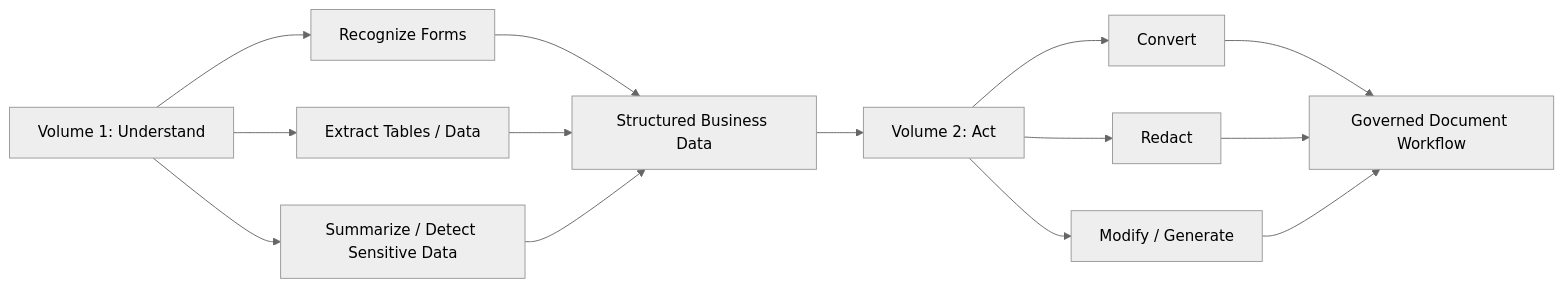
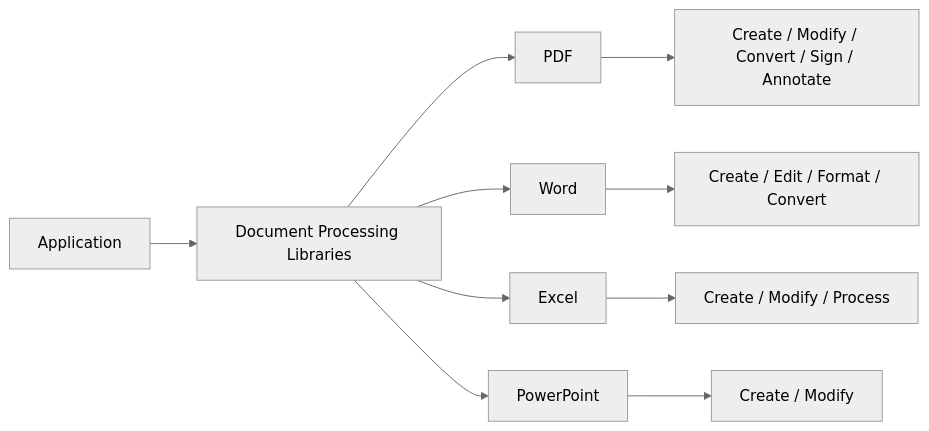
The third of 10 diagrams in docs/research/Syncfusion-AI-Tools.md (Milancho/ai-engineering-playbook), drawn with Mermaid (neutral theme) before and after one commit. The commit also changed other lines of this file, not shown here.

Commit message:
docs: add Syncfusion agent workflow and embedded AI findings

````diff
--- a/docs/research/Syncfusion-AI-Tools.md
+++ b/docs/research/Syncfusion-AI-Tools.md
@@ -67,16 +44,12 @@
 ```mermaid
 flowchart LR
-    A[Volume 1: Understand] --> B[Recognize Forms]
-    A --> C[Extract Tables / Data]
-    A --> D[Summarize / Detect Sensitive Data]
-    B --> E[Structured Business Data]
-    C --> E
-    D --> E
-    E --> F[Volume 2: Act]
-    F --> G[Convert]
-    F --> H[Redact]
-    F --> I[Modify / Generate]
-    G --> J[Governed Document Workflow]
-    H --> J
-    I --> J
+    A[Application] --> B[Document Processing Libraries]
+    B --> C[PDF]
+    B --> D[Word]
+    B --> E[Excel]
+    B --> F[PowerPoint]
+    C --> G[Create / Modify / Convert / Sign / Annotate]
+    D --> H[Create / Edit / Format / Convert]
+    E --> I[Create / Modify / Process]
+    F --> J[Create / Modify]
 ```
````
